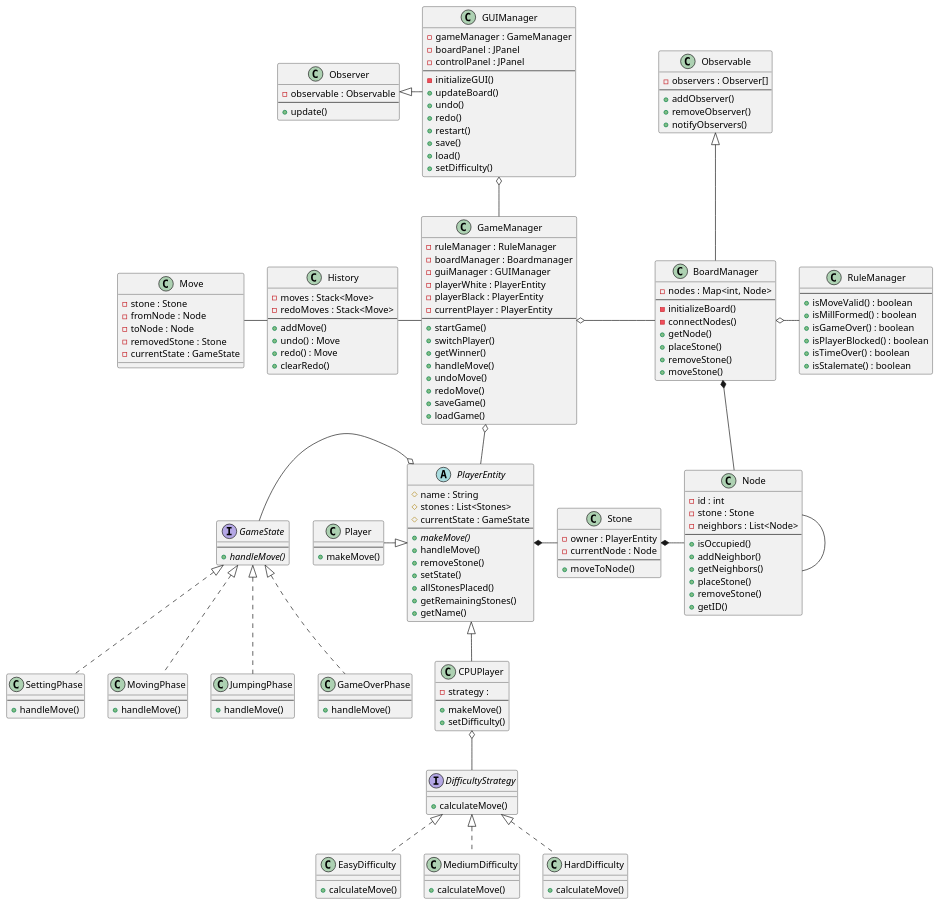
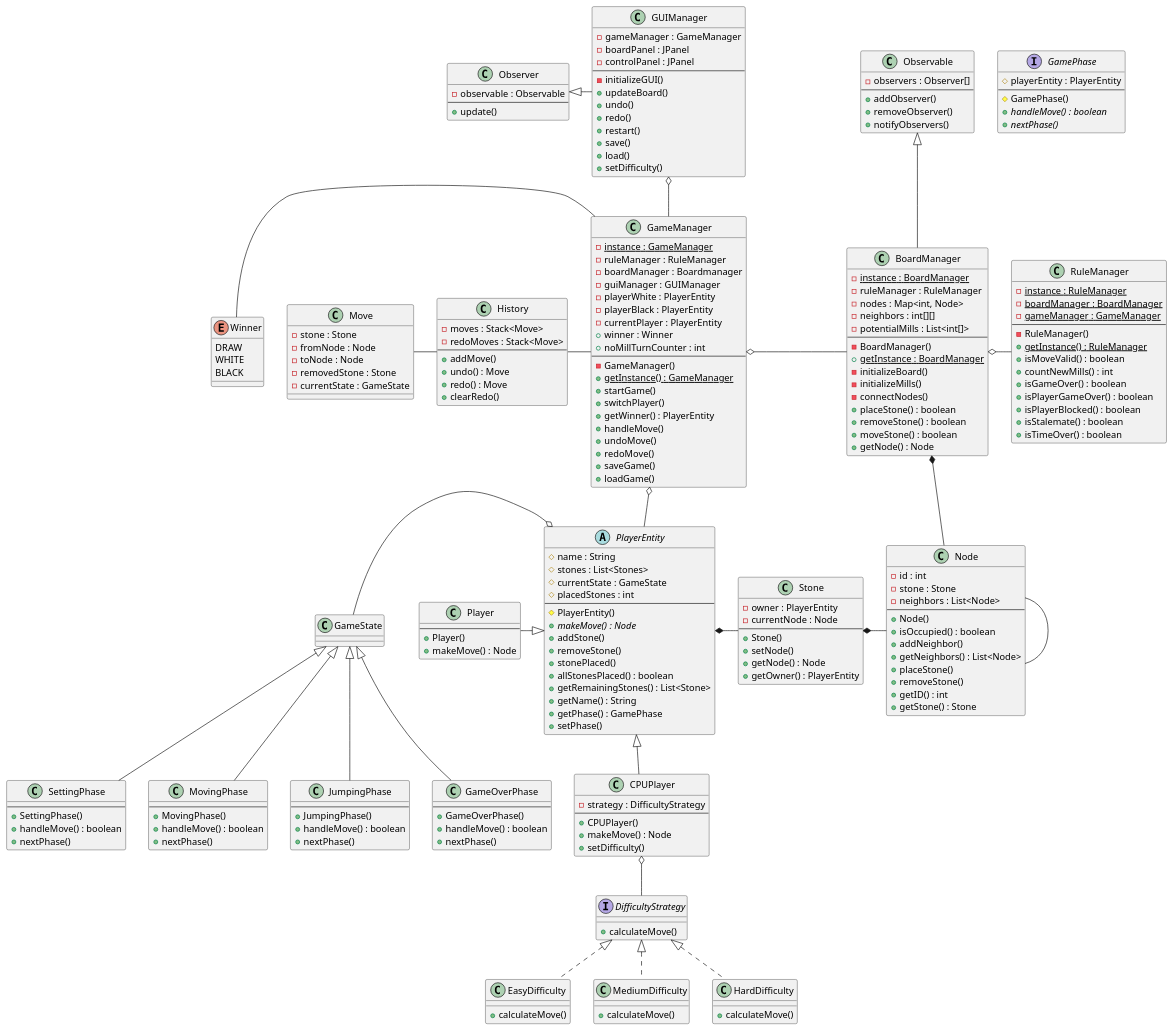
One commit to RyanMikus/muehlespiel_java_fs25 changed the diagram in Diagrams/ClassdiagramV2.puml. Above: the diagram before and after it, drawn with PlantUML.

Commit message:
Updated ClassDiagramm according to second sprint

```diff
--- a/Diagrams/ClassdiagramV2.puml
+++ b/Diagrams/ClassdiagramV2.puml
@@ -1,16 +1,21 @@
 @startuml
 
 class GameManager{
+- {static} instance : GameManager
 - ruleManager : RuleManager
 - boardManager : Boardmanager
 - guiManager : GUIManager
 - playerWhite : PlayerEntity
 - playerBlack : PlayerEntity
 - currentPlayer : PlayerEntity
++ winner : Winner
++ noMillTurnCounter : int
 --
+- GameManager()
++ {static} getInstance() : GameManager
 + startGame()
 + switchPlayer()
-+ getWinner()
++ getWinner() : PlayerEntity
 + handleMove()
 + undoMove()
 + redoMove()
@@ -18,25 +23,44 @@
 + loadGame()
 }
 
+enum Winner{
+DRAW
+WHITE
+BLACK
+}
+
 class RuleManager{
+- {static} instance : RuleManager
+- {static} boardManager : BoardManager
+- {static} gameManager : GameManager
 --
+- RuleManager()
++ {static} getInstance() : RuleManager
 + isMoveValid() : boolean
-+ isMillFormed() : boolean
++ countNewMills() : int
 + isGameOver() : boolean
++ isPlayerGameOver() : boolean
 + isPlayerBlocked() : boolean
++ isStalemate() : boolean
 + isTimeOver() : boolean
-+ isStalemate() : boolean
 }
 
 class BoardManager{
+- {static} instance : BoardManager
+- ruleManager : RuleManager
 - nodes : Map<int, Node>
+- neighbors : int[][]
+- potentialMills : List<int[]>
 --
+- BoardManager()
++ {static} getInstance : BoardManager
 - initializeBoard()
+- initializeMills()
 - connectNodes()
-+ getNode()
-+ placeStone()
-+ removeStone()
-+ moveStone()
++ placeStone() : boolean
++ removeStone() : boolean
++ moveStone() : boolean
++ getNode() : Node
 }
 
 class GUIManager{
@@ -54,36 +78,50 @@
 + setDifficulty()
 }
 
-interface GameState{
+interface GamePhase{
+# playerEntity : PlayerEntity
 --
-+ {abstract} handleMove()
+# GamePhase()
++ {abstract} handleMove() : boolean
++ {abstract} nextPhase()
 }
 
 class SettingPhase{
 --
-+ handleMove()
++ SettingPhase()
++ handleMove() : boolean
++ nextPhase()
 }
 
 class MovingPhase{
 --
-+ handleMove()
++ MovingPhase()
++ handleMove() : boolean
++ nextPhase()
 }
 
 class JumpingPhase{
 --
-+ handleMove()
++ JumpingPhase()
++ handleMove() : boolean
++ nextPhase()
 }
 
 class GameOverPhase{
 --
-+ handleMove()
++ GameOverPhase()
++ handleMove() : boolean
++ nextPhase()
 }
 
 class Stone{
 - owner : PlayerEntity
 - currentNode : Node
 --
-+ moveToNode()
++ Stone()
++ setNode()
++ getNode() : Node
++ getOwner() : PlayerEntity
 }
 
 class Node{
@@ -91,37 +129,45 @@
 - stone : Stone
 - neighbors : List<Node>
 --
-+ isOccupied()
++ Node()
++ isOccupied() : boolean
 + addNeighbor()
-+ getNeighbors()
++ getNeighbors() : List<Node>
 + placeStone()
 + removeStone()
-+ getID()
++ getID() : int
++ getStone() : Stone
 }
 
 abstract class PlayerEntity{
 # name : String
 # stones : List<Stones>
 # currentState : GameState
+# placedStones : int
 --
-+ {abstract} makeMove()
-+ handleMove()
+# PlayerEntity()
++ {abstract} makeMove() : Node
++ addStone()
 + removeStone()
-+ setState()
-+ allStonesPlaced()
-+ getRemainingStones()
-+ getName()
++ stonePlaced()
++ allStonesPlaced() : boolean
++ getRemainingStones() : List<Stone>
++ getName() : String
++ getPhase() : GamePhase
++ setPhase()
 }
 
 class Player{
 --
-+ makeMove()
++ Player()
++ makeMove() : Node
 }
 
 class CPUPlayer{
-- strategy : 
+- strategy : DifficultyStrategy
 --
-+ makeMove()
++ CPUPlayer()
++ makeMove() : Node
 + setDifficulty()
 }
 
@@ -176,13 +222,14 @@
 BoardManager o- RuleManager
 GUIManager o-- GameManager
 GameManager o- BoardManager
+Winner - GameManager
 History - GameManager
 GameManager o-- PlayerEntity
 
-GameState <|.. SettingPhase
-GameState <|.. JumpingPhase
-GameState <|.. MovingPhase
-GameState <|.. GameOverPhase
+GameState <|-- SettingPhase
+GameState <|-- JumpingPhase
+GameState <|-- MovingPhase
+GameState <|-- GameOverPhase
 GameState -o PlayerEntity
 
 Player -|> PlayerEntity
```
